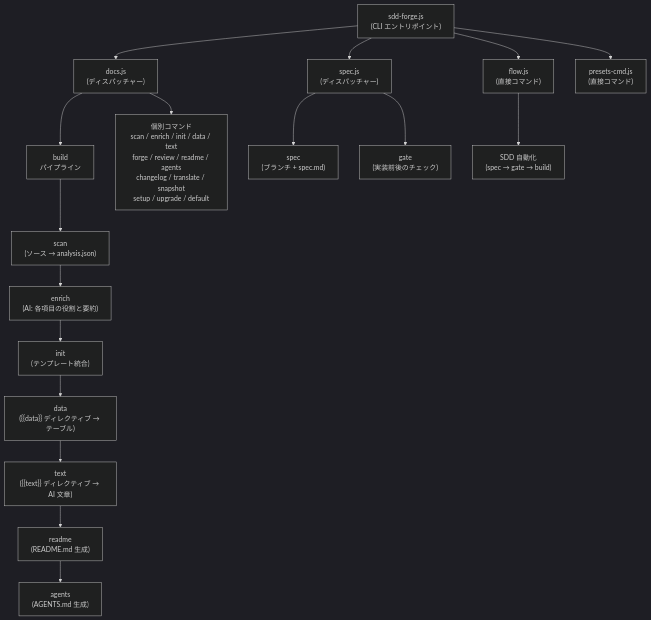
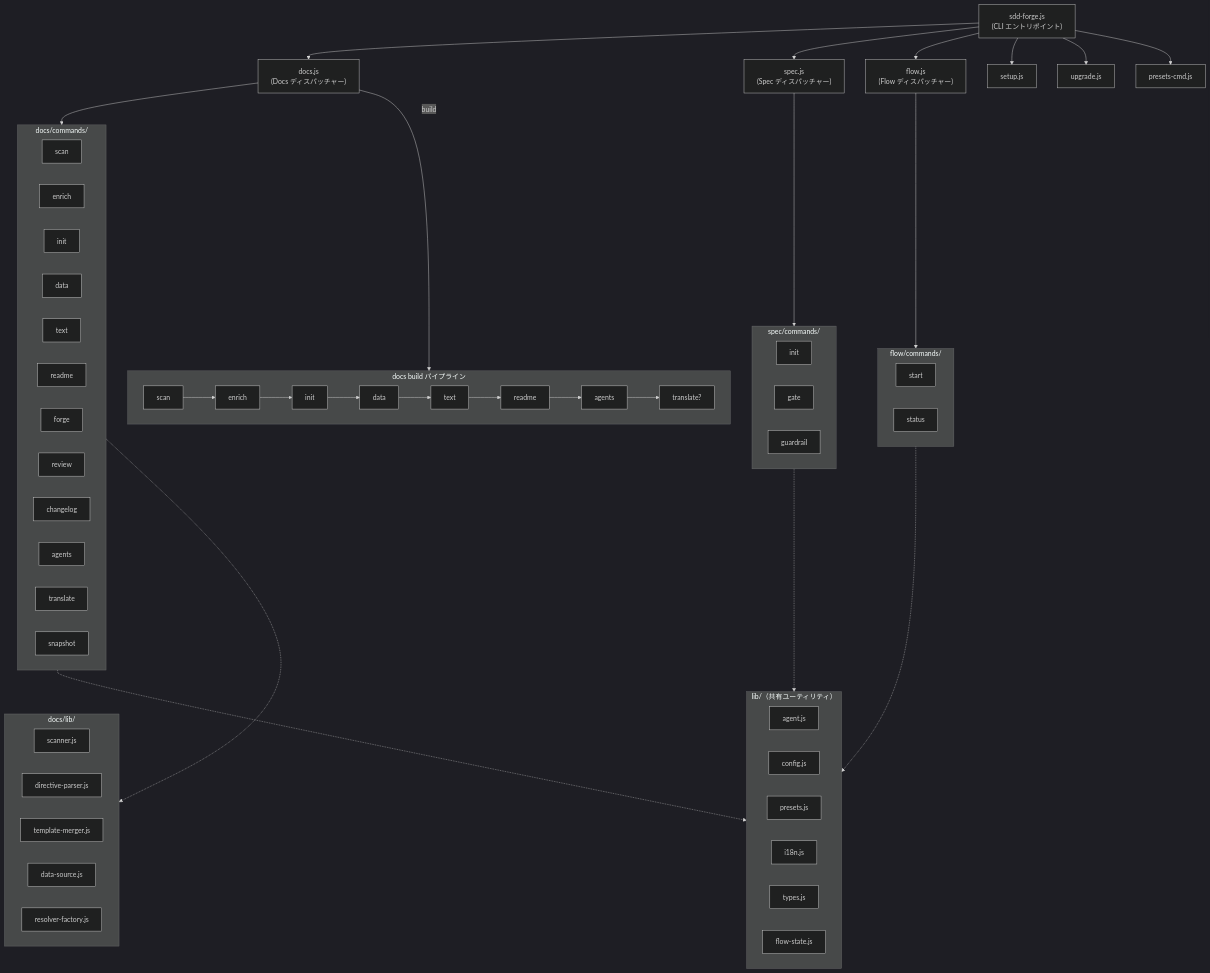
Before and after one commit to SpreadWorks/sdd-forge: the diagram in docs/ja/overview.md, drawn with Mermaid (dark theme). The commit also changed other lines of this file and 14 other files, not shown here.

````diff
--- a/docs/ja/overview.md
+++ b/docs/ja/overview.md
@@ -29,25 +27,73 @@
 ```mermaid
-flowchart TD
-    Entry["sdd-forge.js\n(CLI エントリポイント)"]
+flowchart TB
+    CLI["sdd-forge.js<br/>(CLI エントリポイント)"]
 
-    Entry --> DocsDispatcher["docs.js\n(ディスパッチャー)"]
-    Entry --> SpecDispatcher["spec.js\n(ディスパッチャー)"]
-    Entry --> FlowDirect["flow.js\n(直接コマンド)"]
-    Entry --> PresetsDirect["presets-cmd.js\n(直接コマンド)"]
+    CLI --> DOCS["docs.js<br/>(Docs ディスパッチャー)"]
+    CLI --> SPEC["spec.js<br/>(Spec ディスパッチャー)"]
+    CLI --> FLOW["flow.js<br/>(Flow ディスパッチャー)"]
+    CLI --> SETUP["setup.js"]
+    CLI --> UPGRADE["upgrade.js"]
+    CLI --> PRESETS["presets-cmd.js"]
 
-    DocsDispatcher --> Build["build\nパイプライン"]
-    DocsDispatcher --> Individual["個別コマンド\nscan / enrich / init / data / text\nforge / review / readme / agents\nchangelog / translate / snapshot\nsetup / upgrade / default"]
+    subgraph DocsCommands ["docs/commands/"]
+        SCAN["scan"]
+        ENRICH["enrich"]
+        INIT["init"]
+        DATA["data"]
+        TEXT["text"]
+        README["readme"]
+        FORGE["forge"]
+        REVIEW["review"]
+        CHANGELOG["changelog"]
+        AGENTS["agents"]
+        TRANSLATE["translate"]
+        SNAPSHOT["snapshot"]
+    end
 
-    Build --> Scan["scan\n(ソース → analysis.json)"]
-    Scan --> Enrich["enrich\n(AI: 各項目の役割と要約)"]
-    Enrich --> Init["init\n(テンプレート統合)"]
-    Init --> Data["data\n({{data}} ディレクティブ → テーブル)"]
-    Data --> Text["text\n({{text}} ディレクティブ → AI 文章)"]
-    Text --> Readme["readme\n(README.md 生成)"]
-    Readme --> Agents["agents\n(AGENTS.md 生成)"]
+    DOCS --> DocsCommands
 
-    SpecDispatcher --> SpecInit["spec\n(ブランチ + spec.md)"]
-    SpecDispatcher --> Gate["gate\n(実装前後のチェック)"]
+    subgraph SpecCommands ["spec/commands/"]
+        SPEC_INIT["init"]
+        GATE["gate"]
+        GUARDRAIL["guardrail"]
+    end
 
-    FlowDirect --> SddFlow["SDD 自動化\n(spec → gate → build)"]
+    SPEC --> SpecCommands
+
+    subgraph FlowCommands ["flow/commands/"]
+        FLOW_START["start"]
+        FLOW_STATUS["status"]
+    end
+
+    FLOW --> FlowCommands
+
+    subgraph BuildPipeline ["docs build パイプライン"]
+        direction LR
+        B_SCAN["scan"] --> B_ENRICH["enrich"] --> B_INIT["init"] --> B_DATA["data"] --> B_TEXT["text"] --> B_README["readme"] --> B_AGENTS["agents"] --> B_TRANSLATE["translate?"]
+    end
+
+    DOCS -->|"build"| BuildPipeline
+
+    subgraph SharedLibs ["lib/（共有ユーティリティ）"]
+        AGENT["agent.js"]
+        CONFIG["config.js"]
+        PRESETS_LIB["presets.js"]
+        I18N["i18n.js"]
+        TYPES["types.js"]
+        FLOW_STATE["flow-state.js"]
+    end
+
+    DocsCommands -.-> SharedLibs
+    SpecCommands -.-> SharedLibs
+    FlowCommands -.-> SharedLibs
+
+    subgraph DocsLib ["docs/lib/"]
+        SCANNER["scanner.js"]
+        DIRECTIVE["directive-parser.js"]
+        MERGER["template-merger.js"]
+        DATASOURCE["data-source.js"]
+        RESOLVER["resolver-factory.js"]
+    end
+
+    DocsCommands -.-> DocsLib
 ```
````
